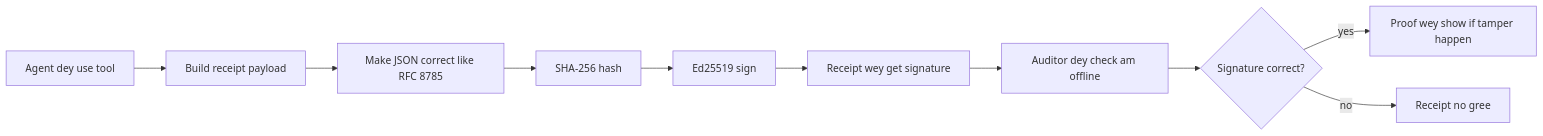
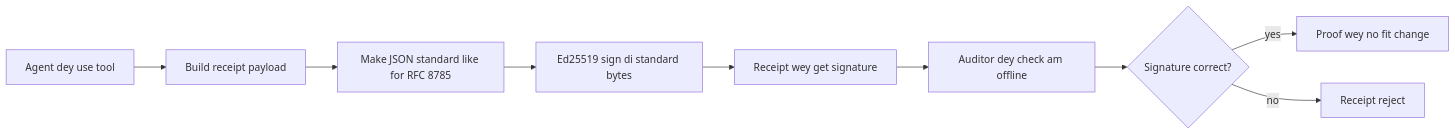
Before and after one commit to gabrielmoreira/agent-skills-mirror: the first of 2 diagrams in mirrors/repos/microsoft@ai-agents-for-beginners/translations/pcm/18-securing-ai-agents/README.md, drawn with Mermaid. The commit also changed other lines of this file and 4262 other files, not shown here.

````diff
--- a/mirrors/repos/microsoft@ai-agents-for-beginners/translations/pcm/18-securing-ai-agents/README.md
+++ b/mirrors/repos/microsoft@ai-agents-for-beginners/translations/pcm/18-securing-ai-agents/README.md
@@ -51,12 +51,11 @@
 ```mermaid
 flowchart LR
     A[Agent dey use tool] --> B[Build receipt payload]
-    B --> C[Make JSON correct like RFC 8785]
-    C --> D[SHA-256 hash]
-    D --> E[Ed25519 sign]
+    B --> C[Make JSON standard like for RFC 8785]
+    C --> E[Ed25519 sign di standard bytes]
     E --> F[Receipt wey get signature]
     F --> G[Auditor dey check am offline]
     G --> H{Signature correct?}
-    H -- yes --> I[Proof wey show if tamper happen]
-    H -- no --> J[Receipt no gree]
+    H -- yes --> I[Proof wey no fit change]
+    H -- no --> J[Receipt reject]
 ```
````
